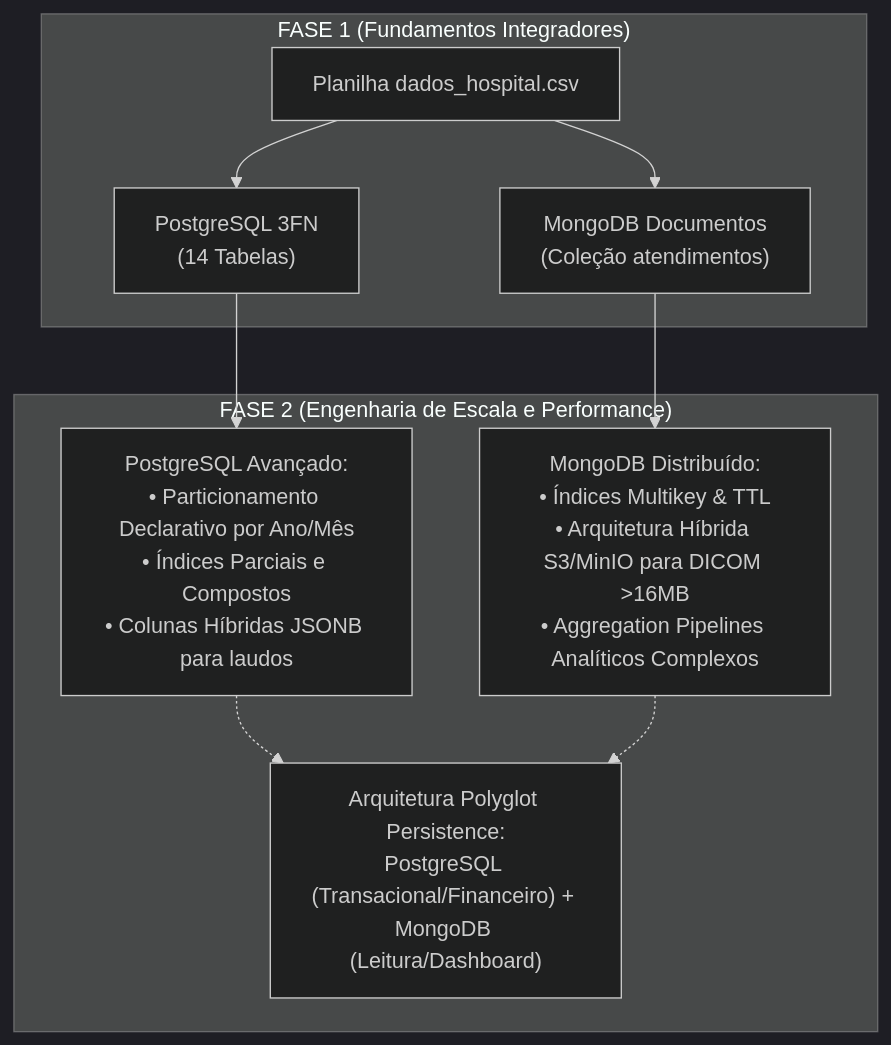
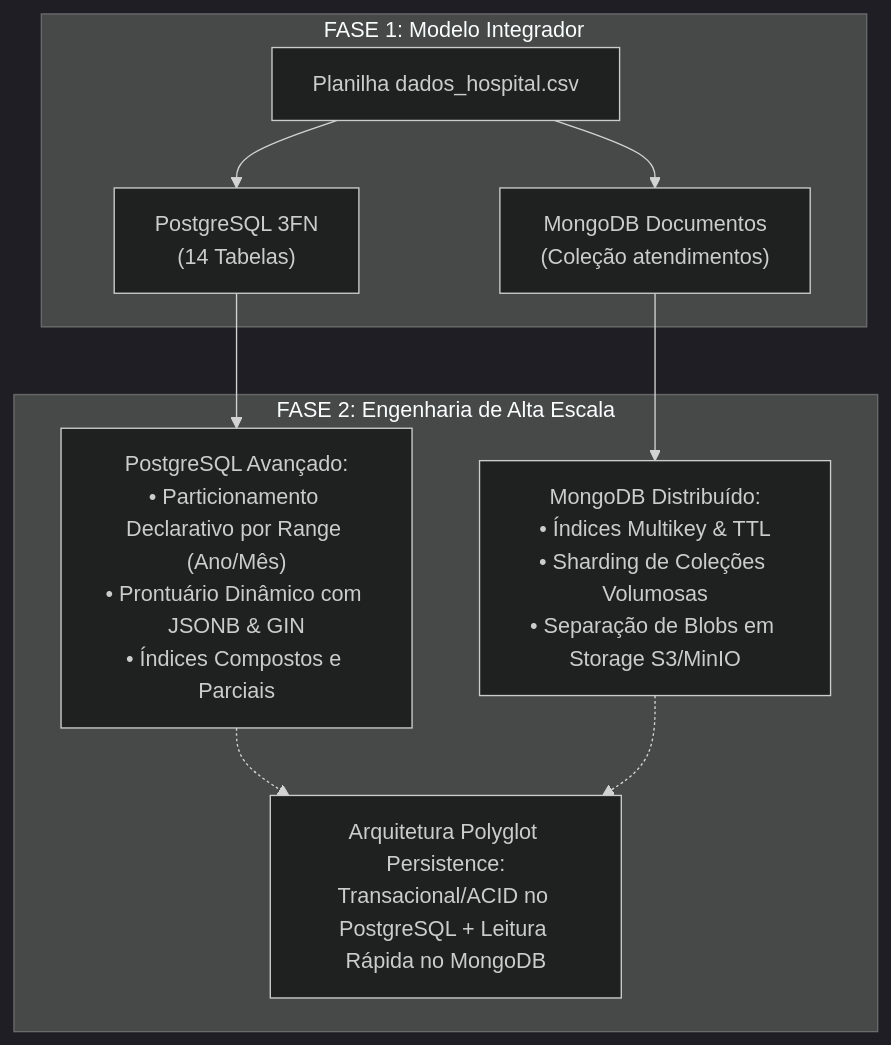
Before and after one commit to mfsjunior/TopicosAvancadosBancoDados: the first of 2 diagrams in Imersao-Topicos-Avancados-8h/laboratorio-hospital/Evolucao_Laboratorio_Hospital_Fase2.md, drawn with Mermaid (dark theme). The commit also changed other lines of this file and 2 other files, not shown here.

````diff
--- a/Imersao-Topicos-Avancados-8h/laboratorio-hospital/Evolucao_Laboratorio_Hospital_Fase2.md
+++ b/Imersao-Topicos-Avancados-8h/laboratorio-hospital/Evolucao_Laboratorio_Hospital_Fase2.md
@@ -29,14 +23,14 @@
 ```mermaid
 flowchart TD
-    subgraph FASE1["FASE 1 (Fundamentos Integradores)"]
+    subgraph FASE1["FASE 1: Modelo Integrador"]
         CSV["Planilha dados_hospital.csv"] --> PG1["PostgreSQL 3FN<br/>(14 Tabelas)"]
         CSV --> MG1["MongoDB Documentos<br/>(Coleção atendimentos)"]
     end
 
-    subgraph FASE2["FASE 2 (Engenharia de Escala e Performance)"]
-        PG1 --> PG2["PostgreSQL Avançado:<br/>• Particionamento Declarativo por Ano/Mês<br/>• Índices Parciais e Compostos<br/>• Colunas Híbridas JSONB para laudos"]
-        MG1 --> MG2["MongoDB Distribuído:<br/>• Índices Multikey & TTL<br/>• Arquitetura Híbrida S3/MinIO para DICOM >16MB<br/>• Aggregation Pipelines Analíticos Complexos"]
-        PG2 -.-> HIB["Arquitetura Polyglot Persistence:<br/>PostgreSQL (Transacional/Financeiro) + MongoDB (Leitura/Dashboard)"]
+    subgraph FASE2["FASE 2: Engenharia de Alta Escala"]
+        PG1 --> PG2["PostgreSQL Avançado:<br/>• Particionamento Declarativo por Range (Ano/Mês)<br/>• Prontuário Dinâmico com JSONB & GIN<br/>• Índices Compostos e Parciais"]
+        MG1 --> MG2["MongoDB Distribuído:<br/>• Índices Multikey & TTL<br/>• Sharding de Coleções Volumosas<br/>• Separação de Blobs em Storage S3/MinIO"]
+        PG2 -.-> HIB["Arquitetura Polyglot Persistence:<br/>Transacional/ACID no PostgreSQL + Leitura Rápida no MongoDB"]
         MG2 -.-> HIB
     end
 ```
````
